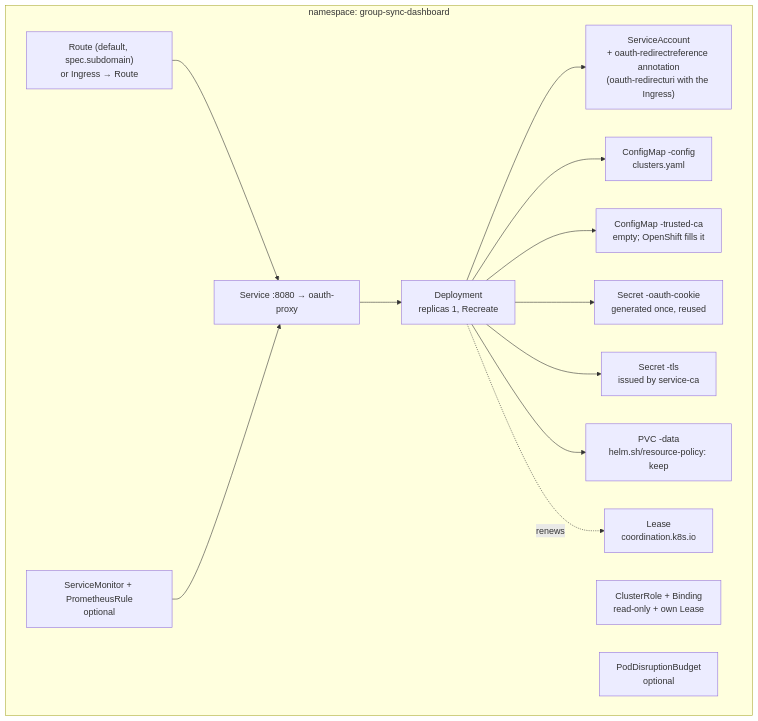
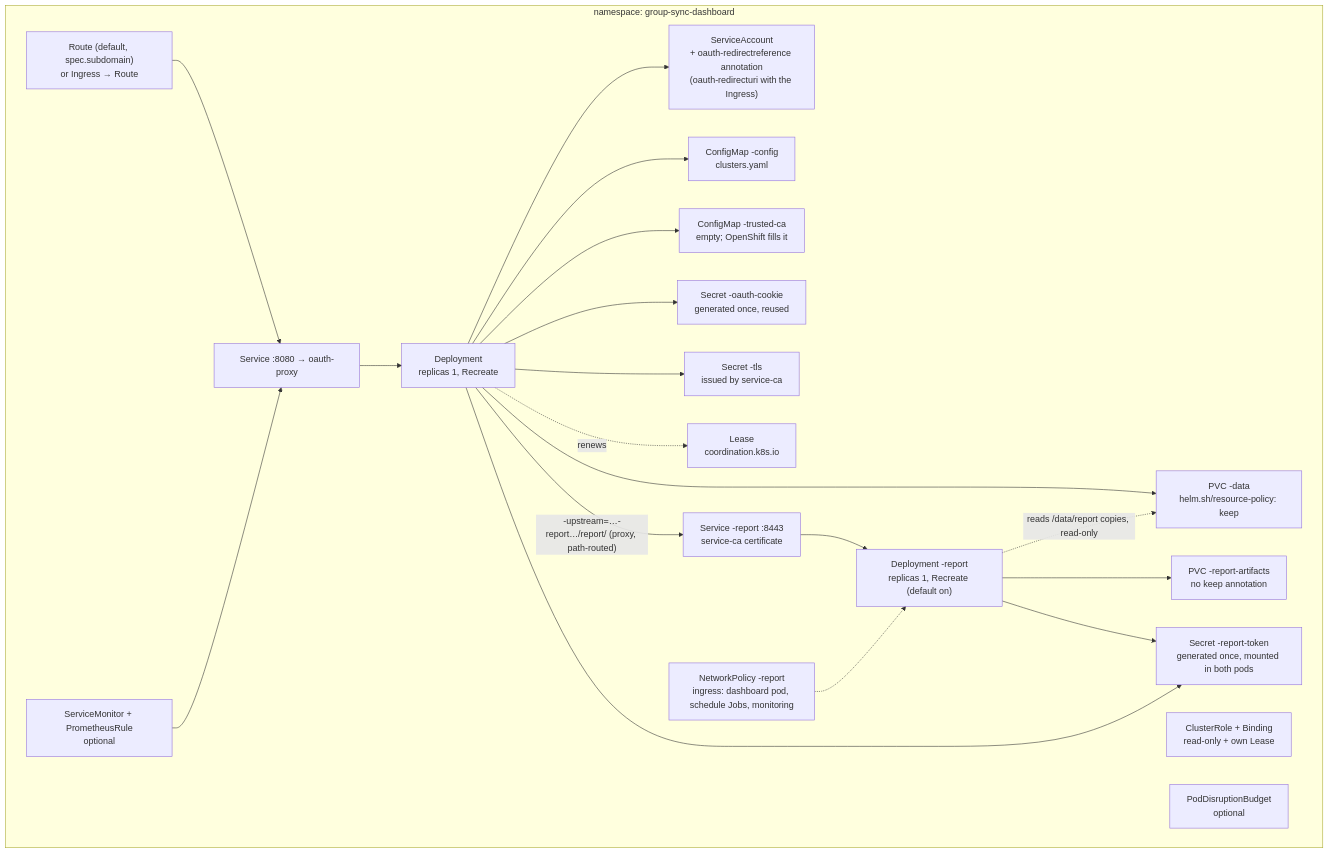
Before and after one commit to ephico2real2/group-sync-dashboard: the eighth of 10 diagrams in docs/reference-architecture.md, drawn with Mermaid. The commit also changed other lines of this file and 91 other files, not shown here.

First line of the commit message:
feat: reporting as a microservice — the report service, its eleven-report catalogue, and the dashboard's pull of its usage (C3, #67)

````diff
--- a/docs/reference-architecture.md
+++ b/docs/reference-architecture.md
@@ -1119,23 +1132,34 @@
 ```mermaid
 flowchart TB
   subgraph ns["namespace: group-sync-dashboard"]
     sa["ServiceAccount<br/>+ oauth-redirectreference annotation<br/>(oauth-redirecturi with the Ingress)"]
     cr["ClusterRole + Binding<br/>read-only + own Lease"]
     cm["ConfigMap -config<br/>clusters.yaml"]
     tca["ConfigMap -trusted-ca<br/>empty; OpenShift fills it"]
     sec["Secret -oauth-cookie<br/>generated once, reused"]
     tls["Secret -tls<br/>issued by service-ca"]
     dep["Deployment<br/>replicas 1, Recreate"]
     pvc["PVC -data<br/>helm.sh/resource-policy: keep"]
     svc["Service :8080 → oauth-proxy"]
     ing["Route (default, spec.subdomain)<br/>or Ingress → Route"]
     lease["Lease<br/>coordination.k8s.io"]
     pdb["PodDisruptionBudget<br/>optional"]
     sm["ServiceMonitor + PrometheusRule<br/>optional"]
+    rdep["Deployment -report<br/>replicas 1, Recreate (default on)"]
+    rsvc["Service -report :8443<br/>service-ca certificate"]
+    rpvc["PVC -report-artifacts<br/>no keep annotation"]
+    rsec["Secret -report-token<br/>generated once, mounted in both pods"]
+    rnp["NetworkPolicy -report<br/>ingress: dashboard pod, schedule Jobs, monitoring"]
   end
   dep --> cm & tca & sec & tls & pvc & sa
   svc --> dep
   ing --> svc
   sm --> svc
   dep -.->|renews| lease
+  dep -->|"-upstream=…-report…/report/ (proxy, path-routed)"| rsvc
+  rsvc --> rdep
+  rdep --> rpvc & rsec
+  rdep -.->|"reads /data/report copies, read-only"| pvc
+  dep --> rsec
+  rnp -.-> rdep
 ```
````
